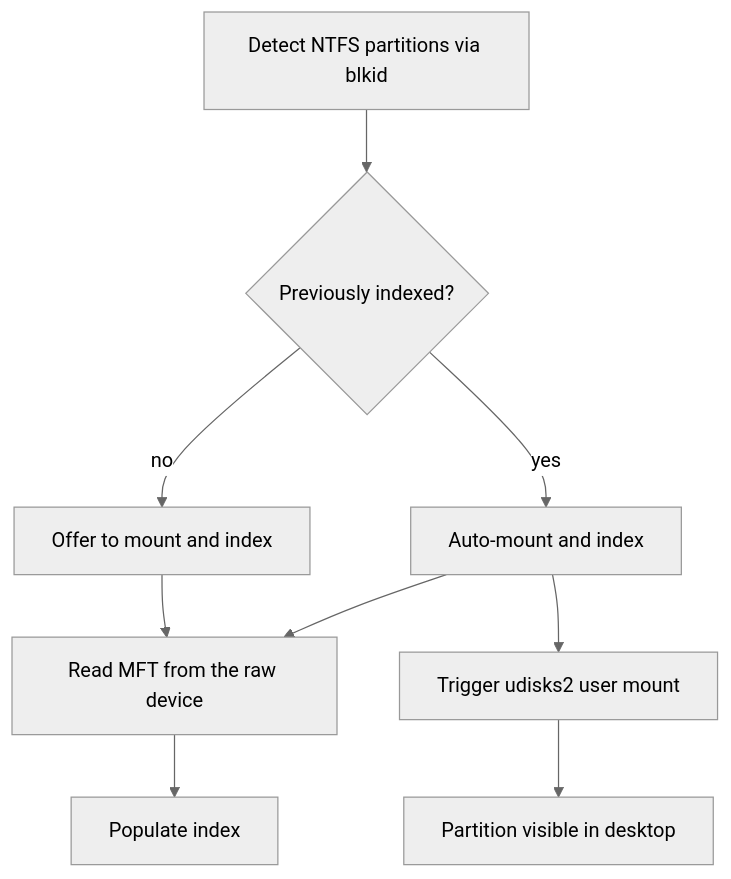
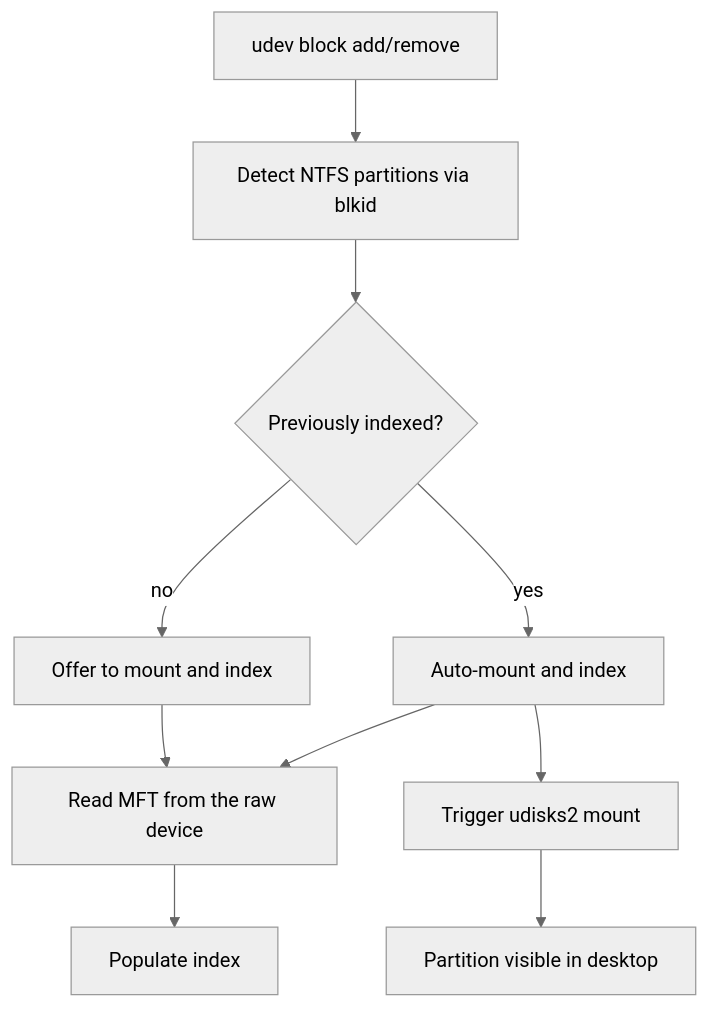
The fourth of 5 diagrams in docs/architecture.md (brrrassica/omavrything), drawn with Mermaid (neutral theme) before and after one commit. The commit also changed other lines of this file and 12 other files, not shown here.

````diff
--- a/docs/architecture.md
+++ b/docs/architecture.md
@@ -228,11 +306,12 @@
 ```mermaid
 flowchart TD
     DETECT[Detect NTFS partitions via blkid] --> KNOWN{Previously indexed?}
     KNOWN -- yes --> AUTO[Auto-mount and index]
     KNOWN -- no --> OFFER[Offer to mount and index]
     AUTO --> MFT[Read MFT from the raw device]
     OFFER --> MFT
     MFT --> INDEX[Populate index]
-    AUTO --> UDISKS[Trigger udisks2 user mount]
+    AUTO --> UDISKS[Trigger udisks2 mount]
     UDISKS --> VISIBLE[Partition visible in desktop]
+    UDEV[udev block add/remove] --> DETECT
 ```
````
